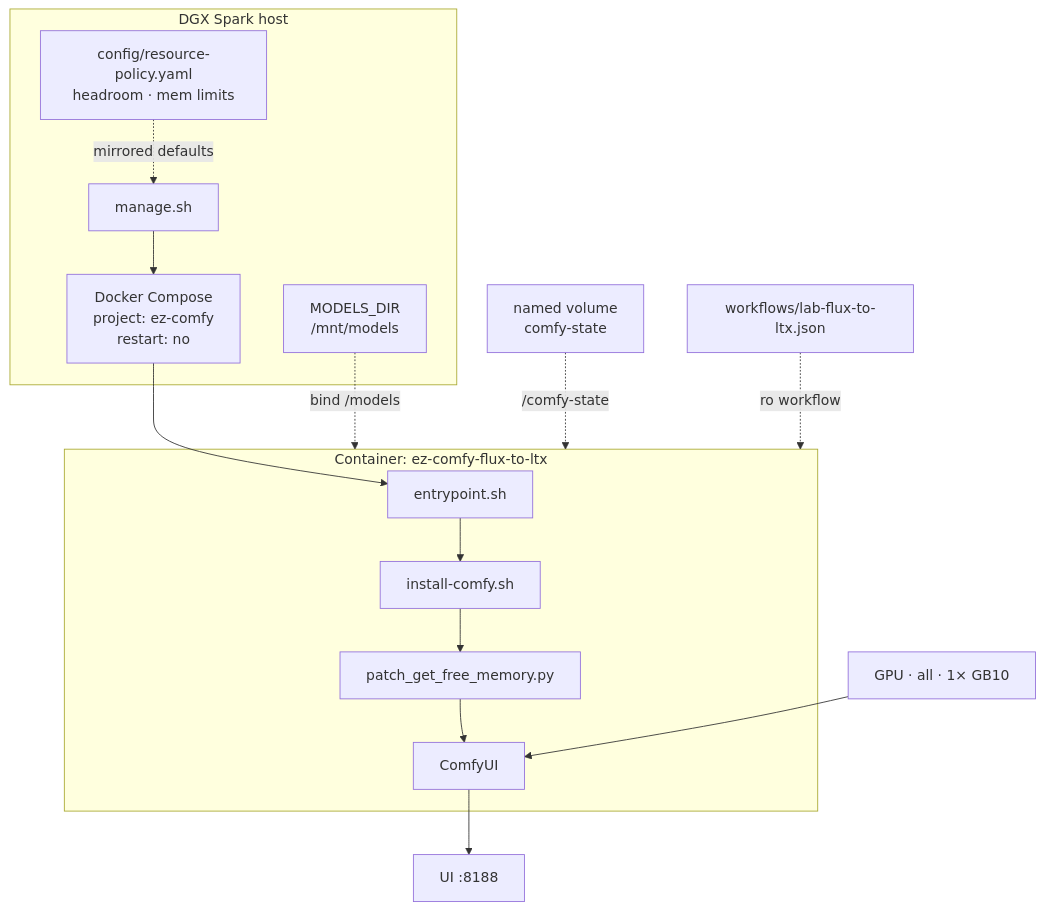
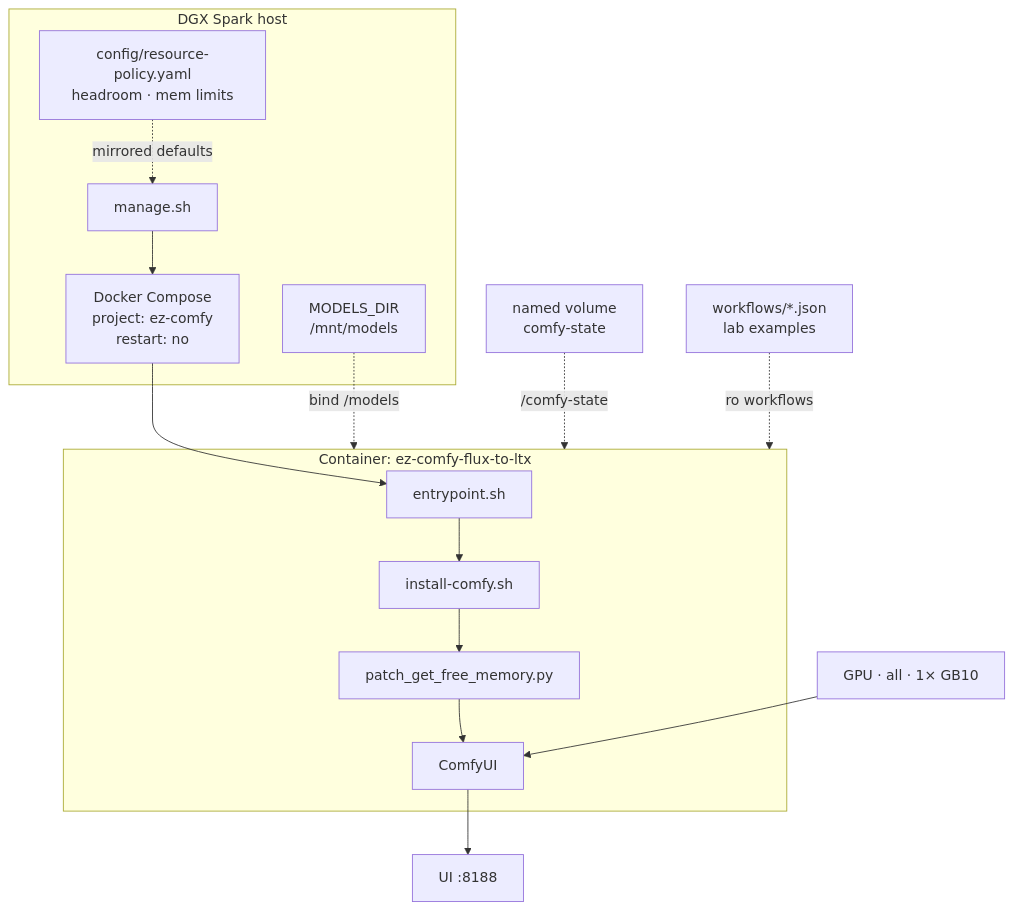
Before and after one commit to toxicoder/ez-comfy-stack: the first of 5 diagrams in docs/visual-generative-ai.md, drawn with Mermaid. The commit also changed other lines of this file and 14 other files, not shown here.

First line of the commit message:
chore: sync lab workflows with downloader and docs

````diff
--- a/docs/visual-generative-ai.md
+++ b/docs/visual-generative-ai.md
@@ -25,31 +25,31 @@
 ```mermaid
 flowchart TB
   subgraph Host["DGX Spark host"]
     CLI["manage.sh"]
     Compose["Docker Compose<br/>project: ez-comfy<br/>restart: no"]
     Models["MODELS_DIR<br/>/mnt/models"]
     Policy["config/resource-policy.yaml<br/>headroom · mem limits"]
   end
 
   subgraph Ctr["Container: ez-comfy-flux-to-ltx"]
     EP["entrypoint.sh"]
     Install["install-comfy.sh"]
     Patch["patch_get_free_memory.py"]
     Comfy["ComfyUI"]
     EP --> Install --> Patch --> Comfy
   end
 
   Vol["named volume<br/>comfy-state"]
-  WF["workflows/lab-flux-to-ltx.json"]
+  WF["workflows/*.json<br/>lab examples"]
   GPU["GPU · all · 1× GB10"]
   UI["UI :8188"]
 
   CLI --> Compose
   Compose --> EP
   Models -.->|bind /models| Ctr
   Vol -.->|/comfy-state| Ctr
-  WF -.->|ro workflow| Ctr
+  WF -.->|ro workflows| Ctr
   GPU --> Comfy
   Comfy --> UI
   Policy -.->|mirrored defaults| CLI
 ```
````
